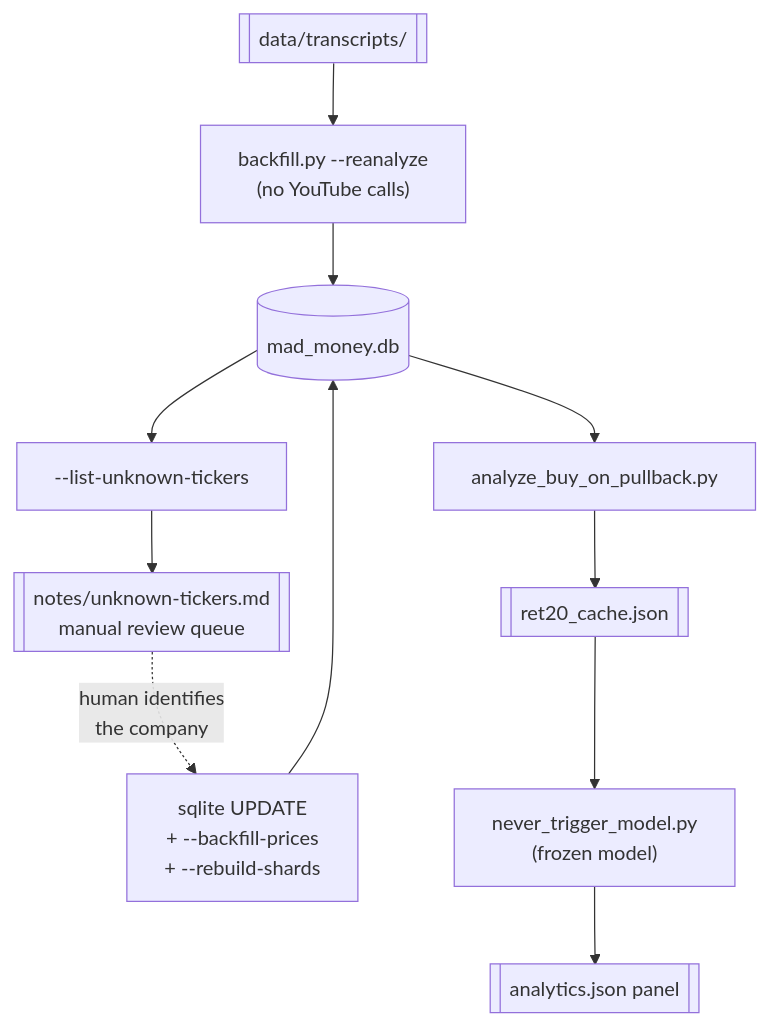
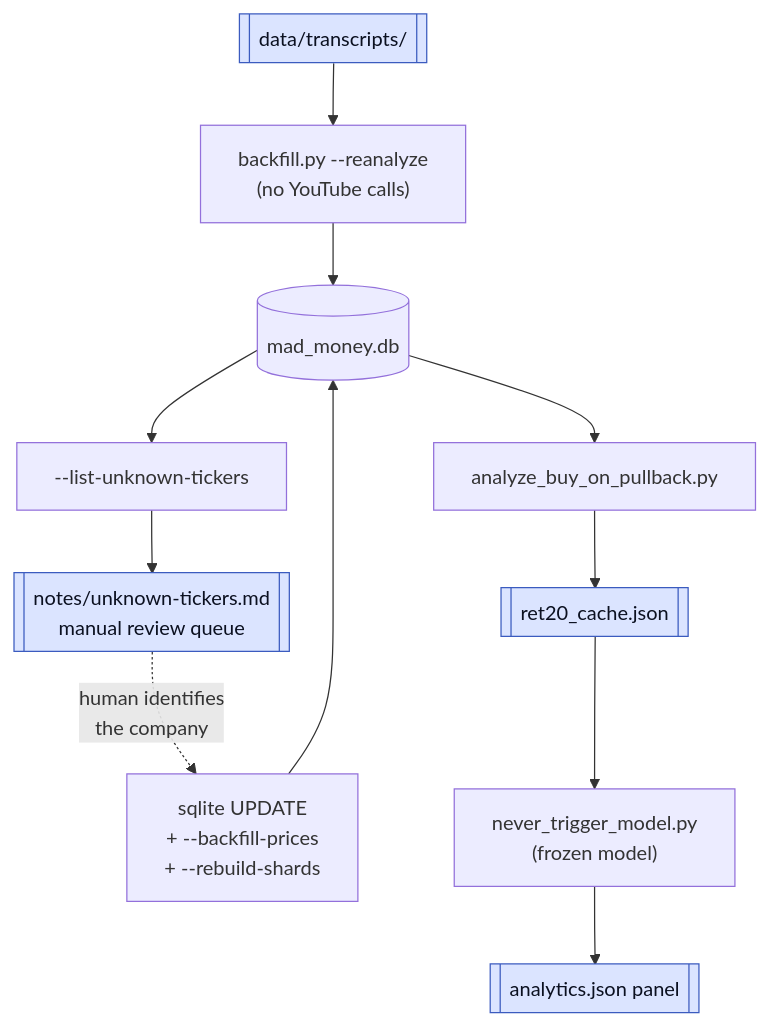
Before and after one commit to jf-silverman/yt-words: the third of 3 diagrams in notes/data-flow.md, drawn with Mermaid. The commit also changed other lines of this file, not shown here.

First line of the commit message:
data-flow: fix unreadable text in dark mode, add a legend

````diff
--- a/notes/data-flow.md
+++ b/notes/data-flow.md
@@ -104,15 +118,18 @@
 ```mermaid
 flowchart TD
     DB[("mad_money.db")] --> UNK["--list-unknown-tickers"]
     UNK --> UNKMD[["notes/unknown-tickers.md<br/>manual review queue"]]
     UNKMD -.->|"human identifies<br/>the company"| FIX["sqlite UPDATE<br/>+ --backfill-prices<br/>+ --rebuild-shards"]
     FIX --> DB
 
     DB --> BOP["analyze_buy_on_pullback.py"]
     BOP --> R20[["ret20_cache.json"]]
     R20 --> NTM["never_trigger_model.py<br/>(frozen model)"]
     NTM --> ANLY[["analytics.json panel"]]
 
     TXT[["data/transcripts/"]] --> BF["backfill.py --reanalyze<br/>(no YouTube calls)"]
     BF --> DB
+
+    classDef store fill:#dbe4ff,stroke:#3b5bbf,stroke-width:1px,color:#0b1020
+    class UNKMD,R20,ANLY,TXT store
 ```
````
